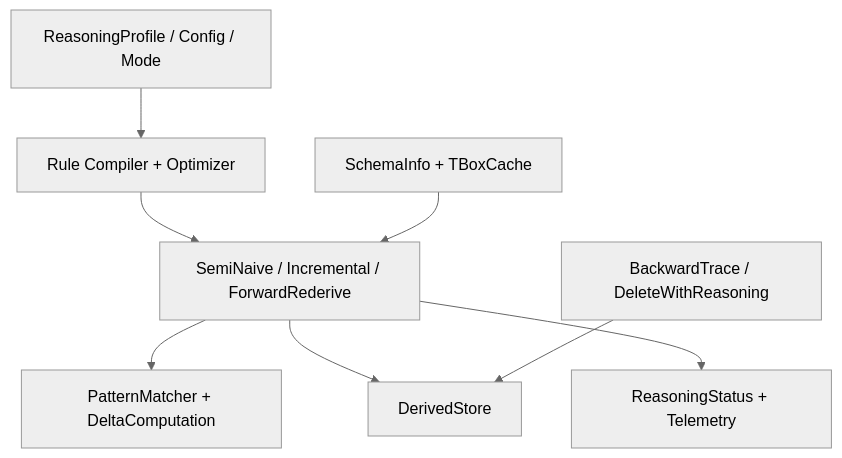
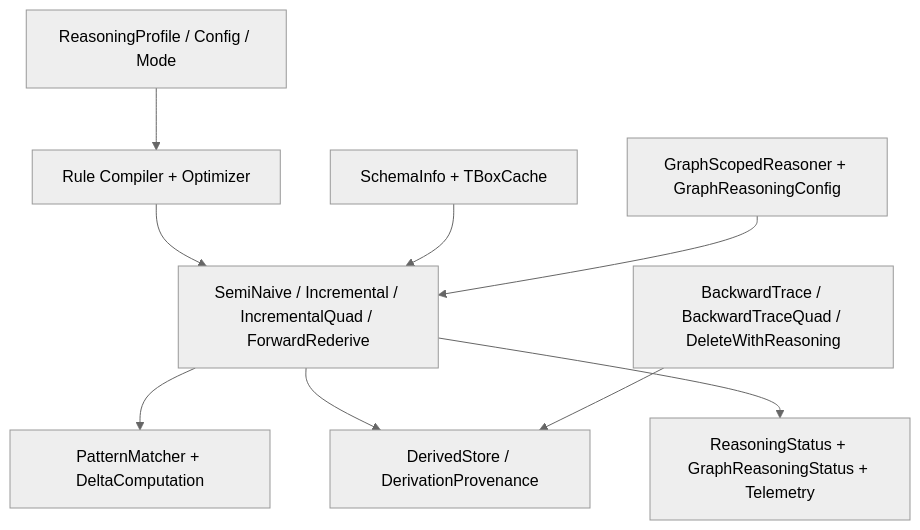
One commit to pcharbon70/triple_store changed the diagram in specs/reasoning/materialization_and_maintenance.md. Above: the diagram before and after it, drawn with Mermaid (neutral theme). The commit also changed other lines of this file and 25 other files, not shown here.

Commit message:
Backfill specs from current architecture

````diff
--- a/specs/reasoning/materialization_and_maintenance.md
+++ b/specs/reasoning/materialization_and_maintenance.md
@@ -33,10 +42,11 @@
 ```mermaid
 graph TD
   A["ReasoningProfile / Config / Mode"] --> B["Rule Compiler + Optimizer"]
-  B --> C["SemiNaive / Incremental / ForwardRederive"]
+  B --> C["SemiNaive / Incremental / IncrementalQuad / ForwardRederive"]
   C --> D["PatternMatcher + DeltaComputation"]
-  C --> E["DerivedStore"]
-  C --> F["ReasoningStatus + Telemetry"]
+  C --> E["DerivedStore / DerivationProvenance"]
+  C --> F["ReasoningStatus + GraphReasoningStatus + Telemetry"]
   G["SchemaInfo + TBoxCache"] --> C
-  H["BackwardTrace / DeleteWithReasoning"] --> E
+  H["GraphScopedReasoner + GraphReasoningConfig"] --> C
+  I["BackwardTrace / BackwardTraceQuad / DeleteWithReasoning"] --> E
 ```
````
